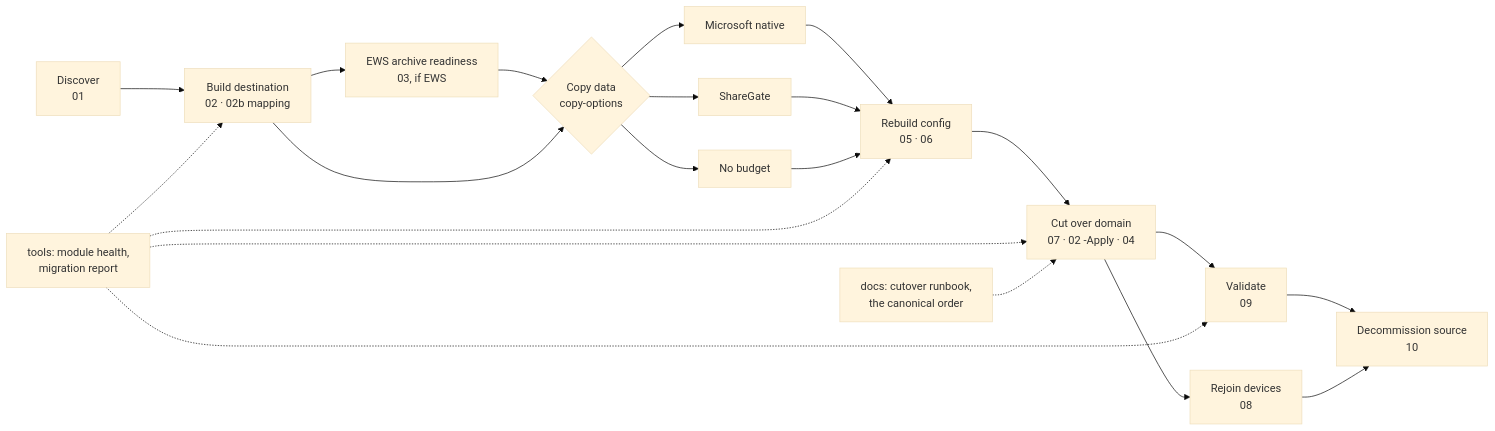
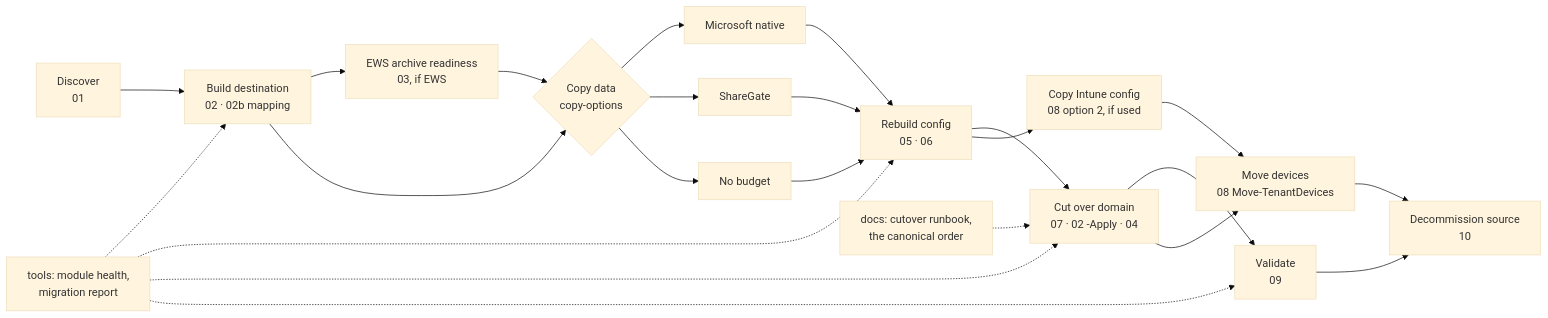
One commit to mezbauddin/M365-PreMigration-Inventory changed the diagram in README.md. Above: the diagram before and after it, drawn with Mermaid (base theme). The commit also changed other lines of this file and 10 other files, not shown here.

First line of the commit message:
08 Move-TenantDevices 1.0.1 safety guard; devices integrated across the toolkit

````diff
--- a/README.md
+++ b/README.md
@@ -20,18 +20,20 @@
 ```mermaid
 flowchart LR
     D[Discover<br/>01] --> B[Build destination<br/>02 · 02b mapping]
     B --> E[EWS archive readiness<br/>03, if EWS]
     E --> C{Copy data<br/>copy-options}
     B --> C
     C --> A[Microsoft native]
     C --> S[ShareGate]
     C --> N[No budget]
     A & S & N --> M[Rebuild config<br/>05 · 06]
     M --> X[Cut over domain<br/>07 · 02 -Apply · 04]
     X --> V[Validate<br/>09]
-    X --> DV[Rejoin devices<br/>08]
+    M --> IC[Copy Intune config<br/>08 option 2, if used]
+    IC --> DV
+    X --> DV[Move devices<br/>08 Move-TenantDevices]
     V --> R[Decommission source<br/>10]
     DV --> R
     T[tools: module health,<br/>migration report] -.-> B & M & X & V
     RB[docs: cutover runbook,<br/>the canonical order] -.-> X
 ```
````
